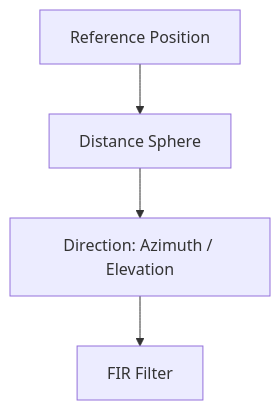
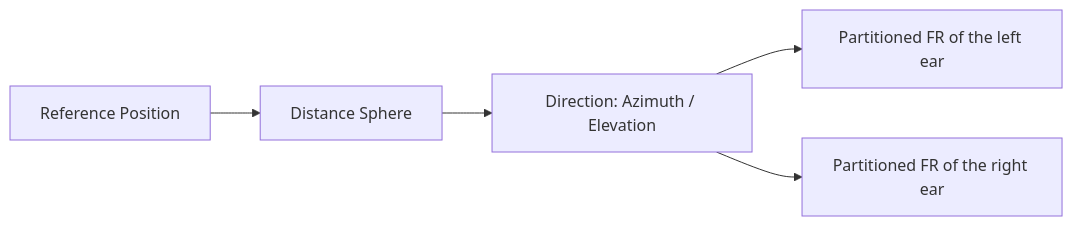
Before and after one commit to GrupoDiana/BRT-Documentation: the first of 2 diagrams in docs/library/service-modules/service-spherical-fir-table.md, drawn with Mermaid. The commit also changed other lines of this file and 3 other files, not shown here.

````diff
--- a/docs/library/service-modules/service-spherical-fir-table.md
+++ b/docs/library/service-modules/service-spherical-fir-table.md
@@ -43,7 +40,8 @@
 ```mermaid
-graph TD
+graph LR
 
 A[Reference Position] --> B[Distance Sphere]
 B --> C[Direction: Azimuth / Elevation]
-C --> D[FIR Filter]
+C --> D[Partitioned FR of the left ear]
+C --> E[Partitioned FR of the right ear]
 ```
````
